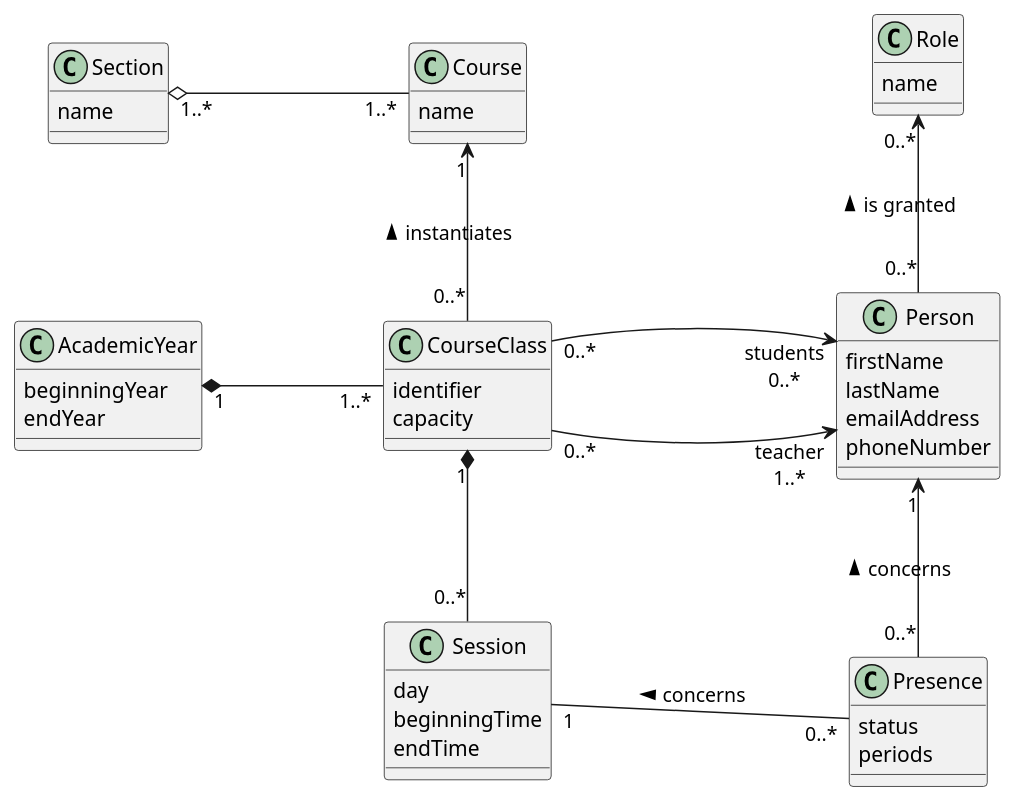
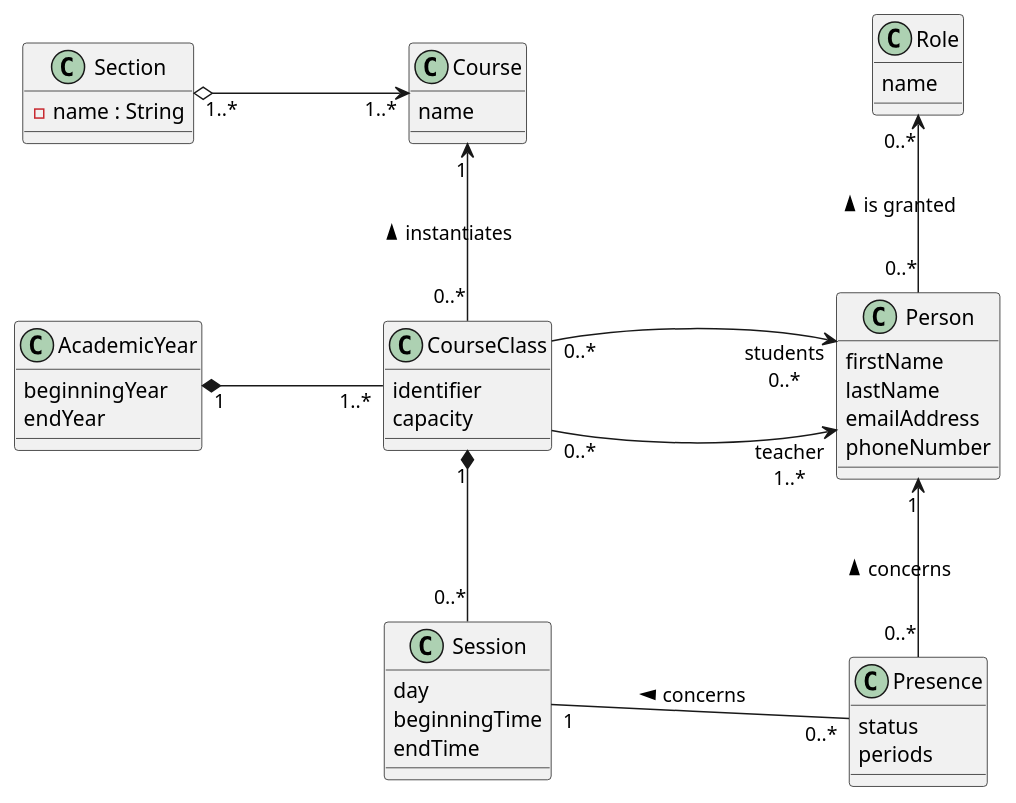
Before and after one commit to EAFC-Uccle-PROJINT-A1-2122/backend-projet-froland: the diagram in demo-course_attendance.puml, drawn with PlantUML. The commit also changed other lines of this file and 2 other files, not shown here.

Commit message:
Simplify association between Section and Course.

```diff
--- a/demo-course_attendance.puml
+++ b/demo-course_attendance.puml
@@ -44,49 +1,49 @@
 @startuml conception_classes
 left to right direction
 skinparam nodesep 100
 skinparam ranksep 120
 
 class Section {
-  name
+  -name : String
 }
 class Person {
   firstName
   lastName
   emailAddress
   phoneNumber
 }
 class Course {
   name
 }
 class CourseClass {
   identifier
   capacity
 }
 class Session {
   day
   beginningTime
   endTime
 }
 class Presence {
   status
   periods
 }
 class AcademicYear {
   beginningYear
   endYear
 }
 
 class Role {
   name
 }
 
-Section "1..*" o-- "1..*" Course
+Section "1..*" o--> "1..*" Course
 Course "1" <- "0..*" CourseClass : instantiates <
 AcademicYear "1" *-- "1..*" CourseClass
 CourseClass "0..*" --> "teacher\n1..*" Person
 CourseClass "0..*" --> "students\n0..*" Person
 CourseClass "1" *- "0..*" Session
 Role "0..*" <- "0..*" Person : is granted <
 Person "1" <- "0..*" Presence : concerns <
 Session "1" -- "0..*" Presence : concerns <
 @enduml
```
